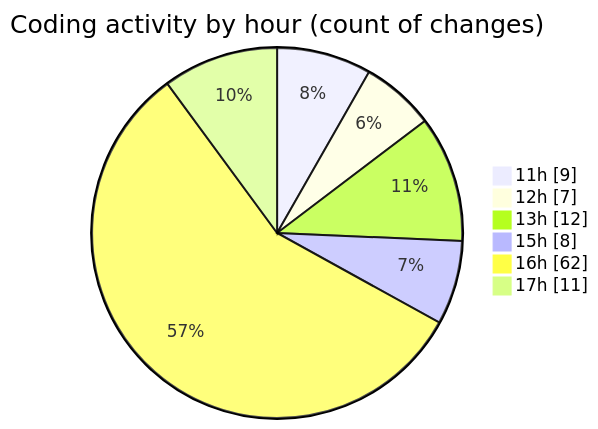
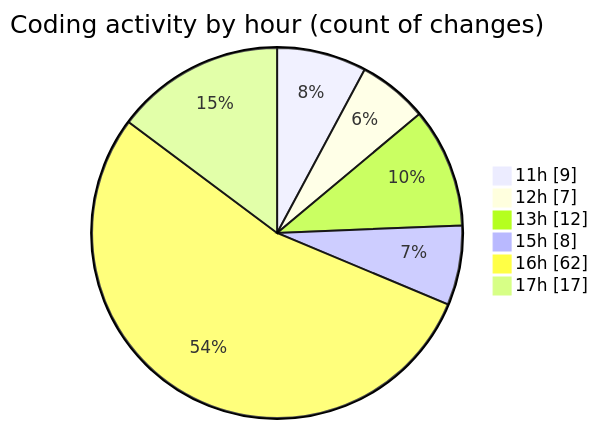
One commit to EIIisD/code-tracking changed the second of 2 diagrams in 2025-08-07/ribbon/README.md. Above: the diagram before and after it, drawn with Mermaid. The commit also changed other lines of this file and 1 other file, not shown here.

````diff
--- a/2025-08-07/ribbon/README.md
+++ b/2025-08-07/ribbon/README.md
@@ -49,10 +49,10 @@
 ```mermaid
 pie showData
 title Coding activity by hour (count of changes)
 "11h" : 9
 "12h" : 7
 "13h" : 12
 "15h" : 8
 "16h" : 62
-"17h" : 11
+"17h" : 17
 ```
````
